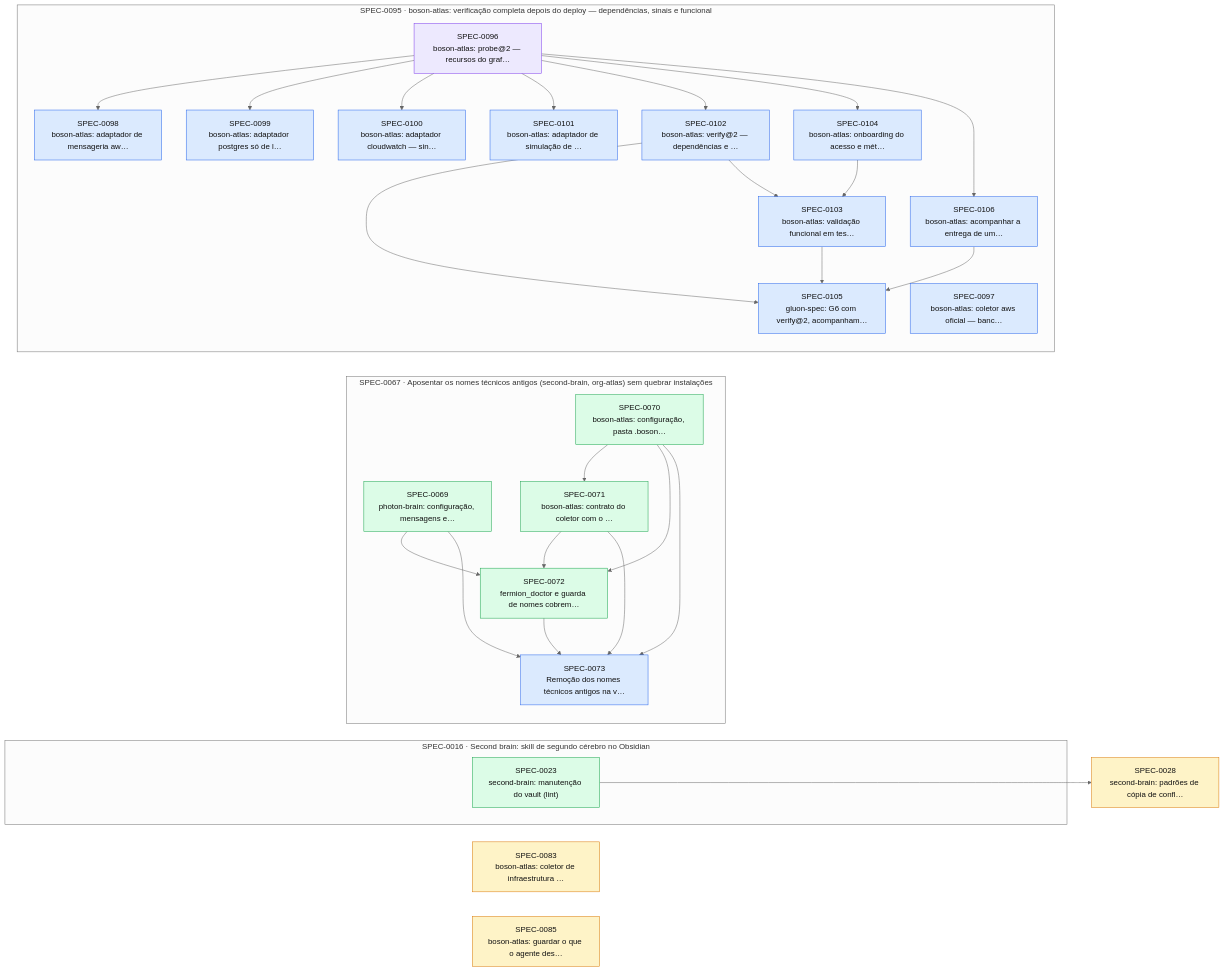
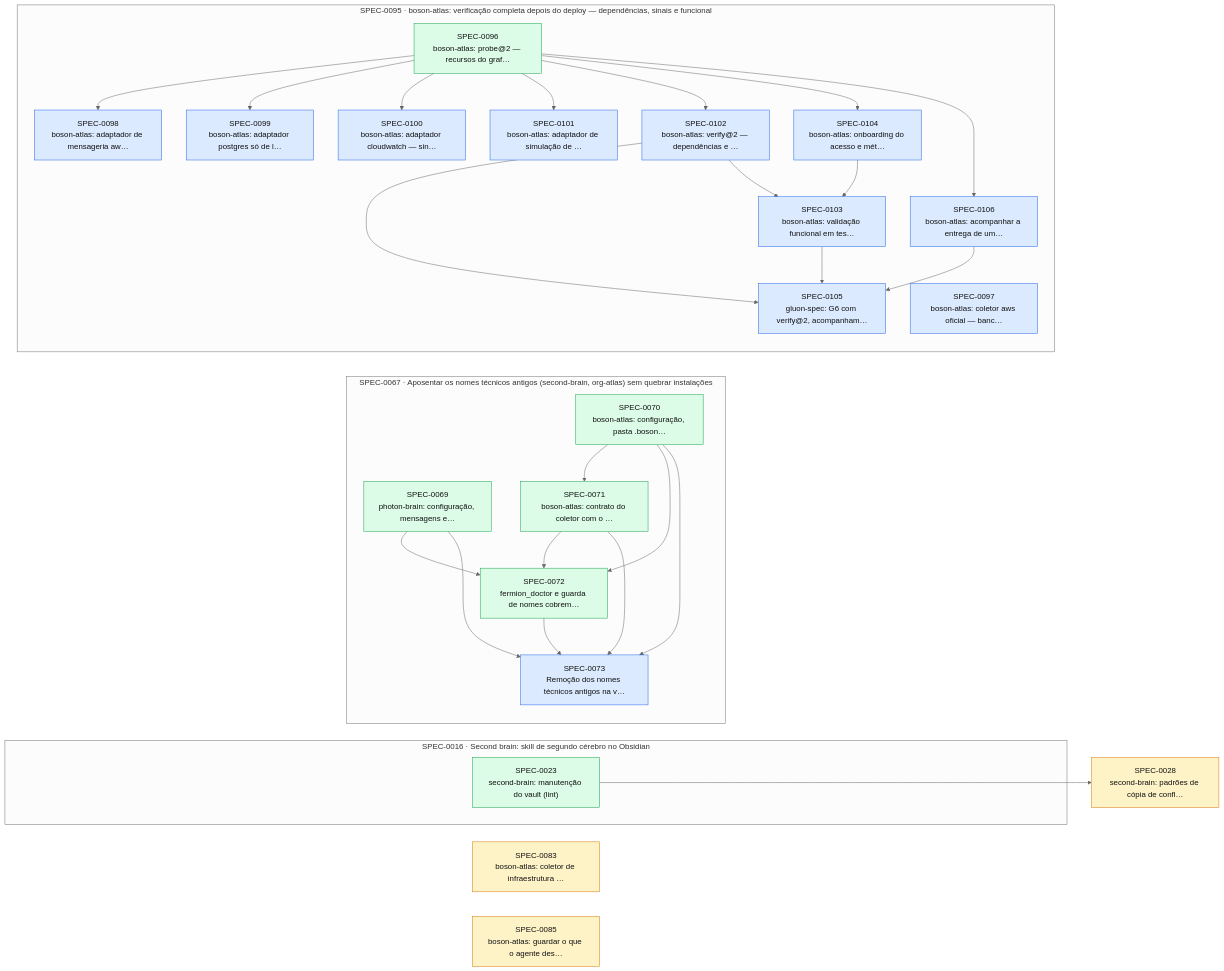
Before and after one commit to thomasravache/ai-dev-brain: the diagram in docs/specs/INDEX.md, drawn with Mermaid (neutral theme). The commit also changed other lines of this file and 1 other file, not shown here.

First line of the commit message:
docs(specs): G7 e fechamento da SPEC-0096

````diff
--- a/docs/specs/INDEX.md
+++ b/docs/specs/INDEX.md
@@ -76,55 +75,55 @@
 ```mermaid
 flowchart LR
   S0028["SPEC-0028<br/>second-brain: padrões de cópia de confl…"]:::proposed
   S0083["SPEC-0083<br/>boson-atlas: coletor de infraestrutura …"]:::proposed
   S0085["SPEC-0085<br/>boson-atlas: guardar o que o agente des…"]:::proposed
   subgraph E0016["SPEC-0016 · Second brain: skill de segundo cérebro no Obsidian"]
     S0023["SPEC-0023<br/>second-brain: manutenção do vault (lint)"]:::implemented
   end
   subgraph E0067["SPEC-0067 · Aposentar os nomes técnicos antigos (second-brain, org-atlas) sem quebrar instalações"]
     S0069["SPEC-0069<br/>photon-brain: configuração, mensagens e…"]:::implemented
     S0070["SPEC-0070<br/>boson-atlas: configuração, pasta .boson…"]:::implemented
     S0071["SPEC-0071<br/>boson-atlas: contrato do coletor com o …"]:::implemented
     S0072["SPEC-0072<br/>fermion_doctor e guarda de nomes cobrem…"]:::implemented
     S0073["SPEC-0073<br/>Remoção dos nomes técnicos antigos na v…"]:::approved
   end
   subgraph E0095["SPEC-0095 · boson-atlas: verificação completa depois do deploy — dependências, sinais e funcional"]
-    S0096["SPEC-0096<br/>boson-atlas: probe@2 — recursos do graf…"]:::inprogress
+    S0096["SPEC-0096<br/>boson-atlas: probe@2 — recursos do graf…"]:::implemented
     S0097["SPEC-0097<br/>boson-atlas: coletor aws oficial — banc…"]:::approved
     S0098["SPEC-0098<br/>boson-atlas: adaptador de mensageria aw…"]:::approved
     S0099["SPEC-0099<br/>boson-atlas: adaptador postgres só de l…"]:::approved
     S0100["SPEC-0100<br/>boson-atlas: adaptador cloudwatch — sin…"]:::approved
     S0101["SPEC-0101<br/>boson-atlas: adaptador de simulação de …"]:::approved
     S0102["SPEC-0102<br/>boson-atlas: verify@2 — dependências e …"]:::approved
     S0103["SPEC-0103<br/>boson-atlas: validação funcional em tes…"]:::approved
     S0104["SPEC-0104<br/>boson-atlas: onboarding do acesso e mét…"]:::approved
     S0105["SPEC-0105<br/>gluon-spec: G6 com verify@2, acompanham…"]:::approved
     S0106["SPEC-0106<br/>boson-atlas: acompanhar a entrega de um…"]:::approved
   end
   S0023 --> S0028
   S0070 --> S0071
   S0069 --> S0072
   S0070 --> S0072
   S0071 --> S0072
   S0069 --> S0073
   S0070 --> S0073
   S0071 --> S0073
   S0072 --> S0073
   S0096 --> S0098
   S0096 --> S0099
   S0096 --> S0100
   S0096 --> S0101
   S0096 --> S0102
   S0102 --> S0103
   S0104 --> S0103
   S0096 --> S0104
   S0102 --> S0105
   S0103 --> S0105
   S0106 --> S0105
   S0096 --> S0106
   classDef proposed fill:#fef3c7,stroke:#d97706,color:#111
   classDef approved fill:#dbeafe,stroke:#2563eb,color:#111
   classDef inprogress fill:#ede9fe,stroke:#7c3aed,color:#111
   classDef implemented fill:#dcfce7,stroke:#16a34a,color:#111
   classDef deprecated fill:#f3f4f6,stroke:#9ca3af,color:#6b7280
 ```
````
